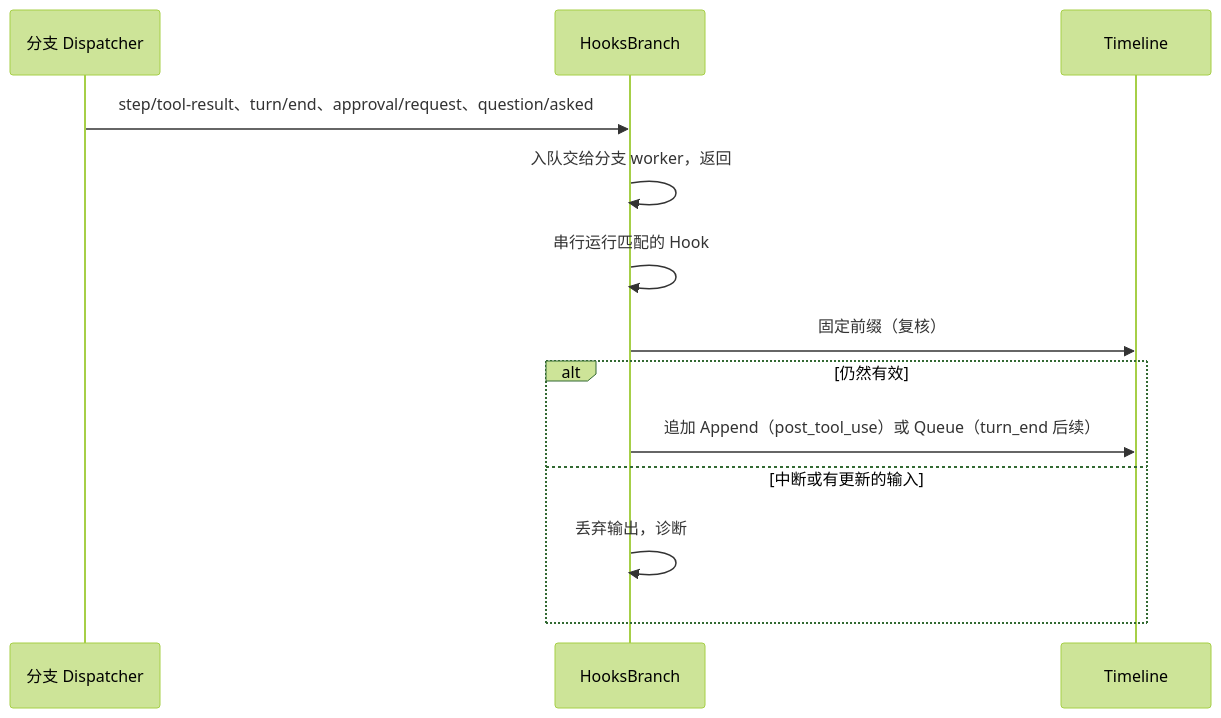
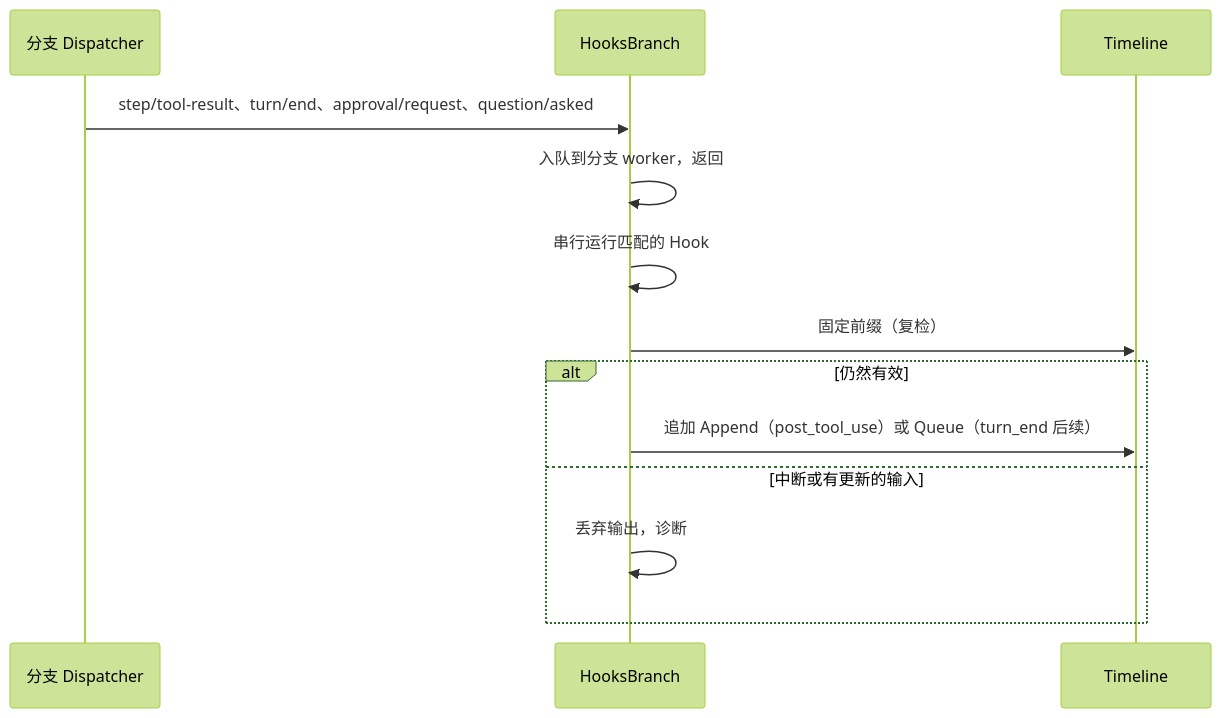
One commit to CoutinhoTTS/dim-agent changed the sixth of 7 diagrams in docs/zh/design/plugins/Hooks.md. Above: the diagram before and after it, drawn with Mermaid (forest theme). The commit also changed other lines of this file and 18 other files, not shown here.

````diff
--- a/docs/zh/design/plugins/Hooks.md
+++ b/docs/zh/design/plugins/Hooks.md
@@ -109,15 +142,15 @@
 ```mermaid
 sequenceDiagram
   participant DP as 分支 Dispatcher
   participant HB as HooksBranch
   participant TL as Timeline
   DP->>HB: step/tool-result、turn/end、approval/request、question/asked
-  HB->>HB: 入队交给分支 worker，返回
+  HB->>HB: 入队到分支 worker，返回
   HB->>HB: 串行运行匹配的 Hook
-  HB->>TL: 固定前缀（复核）
+  HB->>TL: 固定前缀（复检）
   alt 仍然有效
     HB->>TL: 追加 Append（post_tool_use）或 Queue（turn_end 后续）
   else 中断或有更新的输入
     HB->>HB: 丢弃输出，诊断
   end
 ```
````
